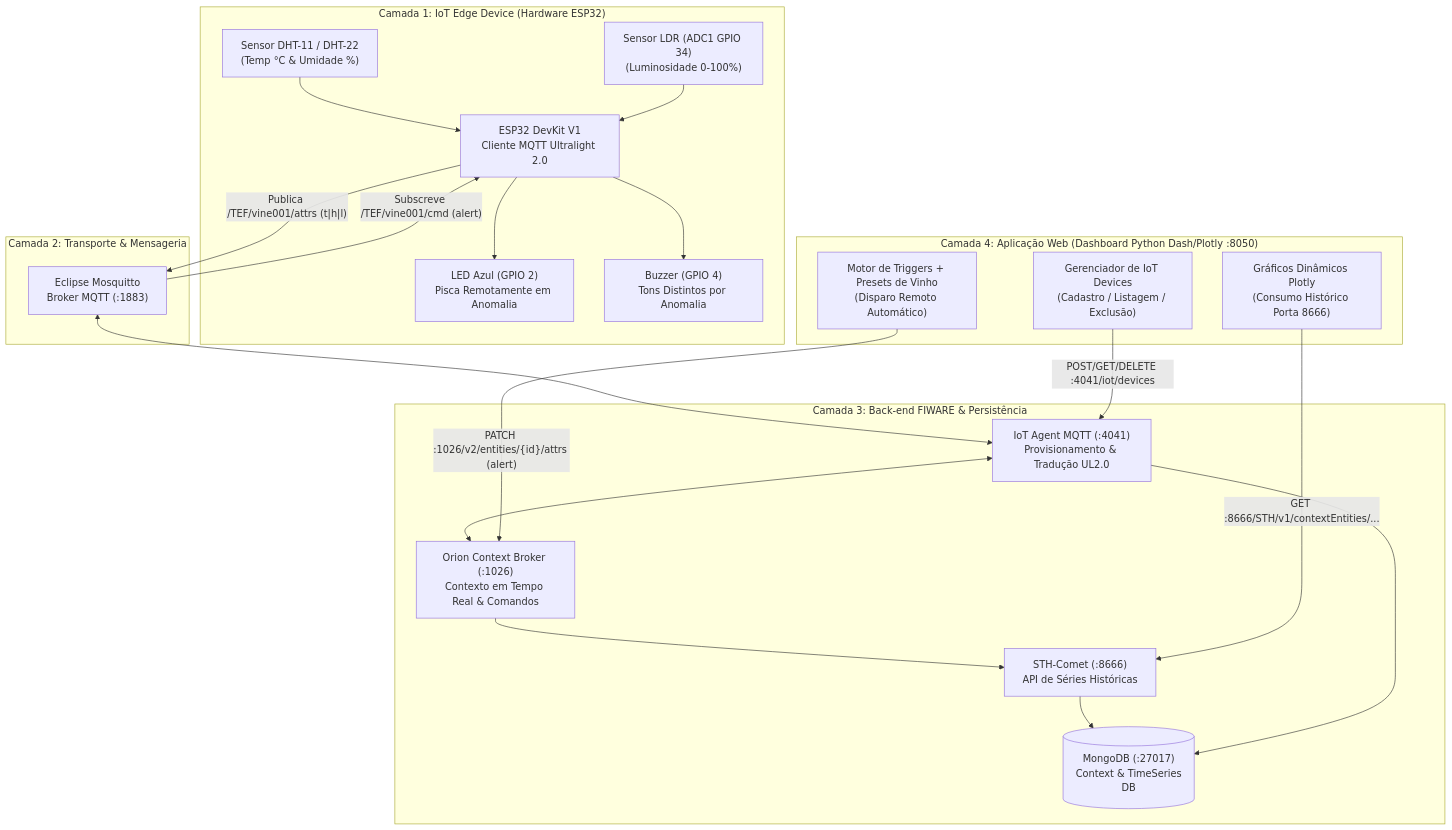
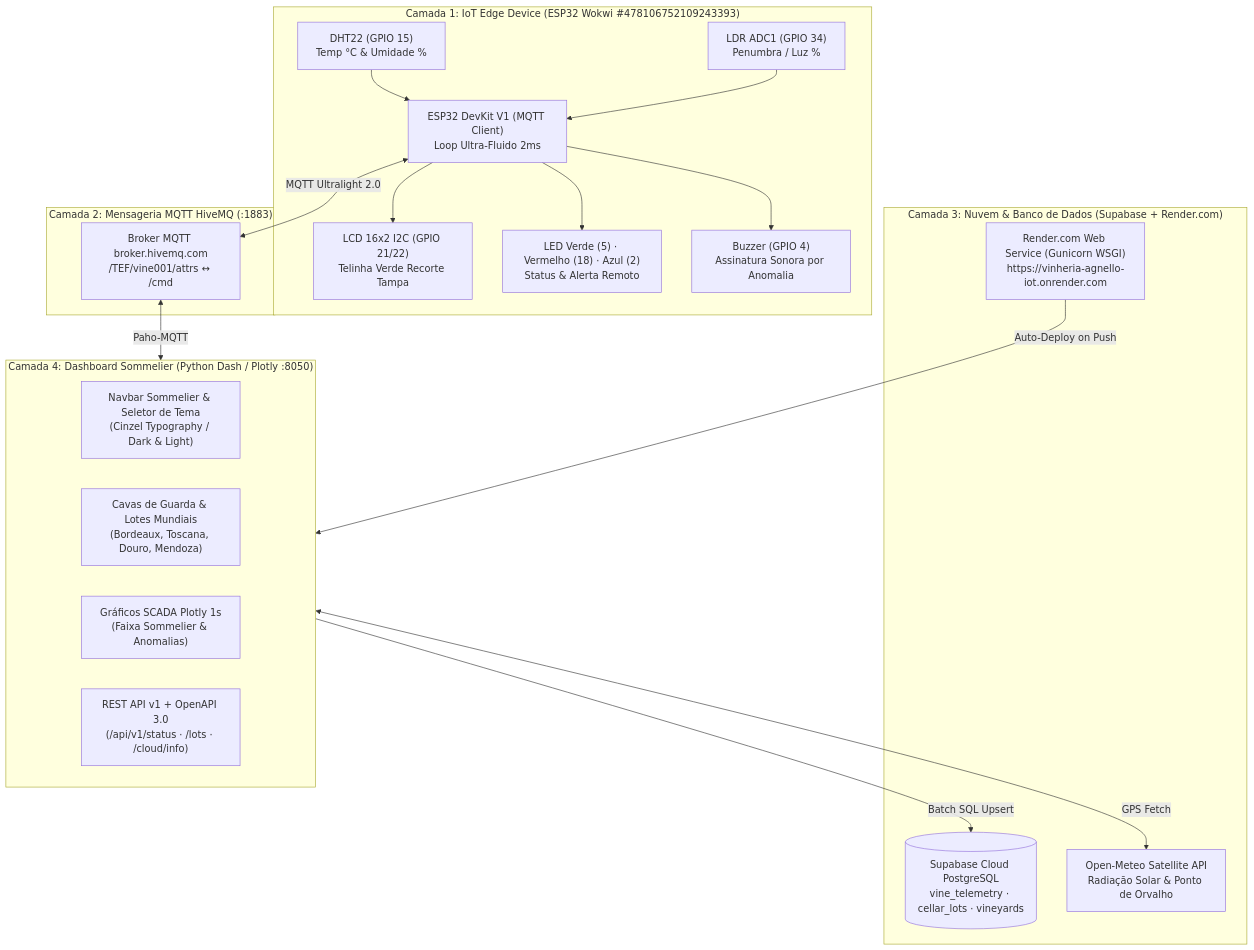
One commit to six01010101010101/vinheria-fiware-esp32 changed the diagram in README.md. Above: the diagram before and after it, drawn with Mermaid. The commit also changed other lines of this file and 45 other files, not shown here.

Commit message:
feat(nuvem): implementar render.yaml, sincronizacao de lotes no Supabase Cloud, firmware Wokwi fluido e documentacao completa

````diff
--- a/README.md
+++ b/README.md
@@ -38,42 +28,39 @@
 ```mermaid
 flowchart TB
-    subgraph L1["Camada 1: IoT Edge Device (Hardware ESP32)"]
-        DHT["Sensor DHT-11 / DHT-22<br/>(Temp °C & Umidade %)"]
-        LDR["Sensor LDR (ADC1 GPIO 34)<br/>(Luminosidade 0-100%)"]
-        ESP["ESP32 DevKit V1<br/>Cliente MQTT Ultralight 2.0"]
-        LED["LED Azul (GPIO 2)<br/>Pisca Remotamente em Anomalia"]
-        BUZ["Buzzer (GPIO 4)<br/>Tons Distintos por Anomalia"]
+    subgraph EDGE["Camada 1: IoT Edge Device (ESP32 Wokwi #478106752109243393)"]
+        DHT["DHT22 (GPIO 15)<br/>Temp °C & Umidade %"]
+        LDR["LDR ADC1 (GPIO 34)<br/>Penumbra / Luz %"]
+        LCD["LCD 16x2 I2C (GPIO 21/22)<br/>Telinha Verde Recorte Tampa"]
+        LEDS["LED Verde (5) · Vermelho (18) · Azul (2)<br/>Status & Alerta Remoto"]
+        BUZ["Buzzer (GPIO 4)<br/>Assinatura Sonora por Anomalia"]
+        ESP["ESP32 DevKit V1 (MQTT Client)<br/>Loop Ultra-Fluido 2ms"]
         DHT --> ESP
         LDR --> ESP
-        ESP --> LED
+        ESP --> LCD
+        ESP --> LEDS
         ESP --> BUZ
     end
 
-    subgraph L2["Camada 2: Transporte & Mensageria"]
-        MOSQ["Eclipse Mosquitto<br/>Broker MQTT (:1883)"]
+    subgraph BROKER["Camada 2: Mensageria MQTT HiveMQ (:1883)"]
+        HIVE["Broker MQTT broker.hivemq.com<br/>/TEF/vine001/attrs ↔ /cmd"]
     end
 
-    subgraph L3["Camada 3: Back-end FIWARE & Persistência"]
-        IOTA["IoT Agent MQTT (:4041)<br/>Provisionamento & Tradução UL2.0"]
-        ORION["Orion Context Broker (:1026)<br/>Contexto em Tempo Real & Comandos"]
-        STH["STH-Comet (:8666)<br/>API de Séries Históricas"]
-        MONGO[("MongoDB (:27017)<br/> Context & TimeSeries DB")]
-        IOTA <--> ORION
-        ORION --> STH
-        STH --> MONGO
-        IOTA --> MONGO
+    subgraph CLOUD["Camada 3: Nuvem & Banco de Dados (Supabase + Render.com)"]
+        SUPA[("Supabase Cloud PostgreSQL<br/>vine_telemetry · cellar_lots · vineyards")]
+        RENDER["Render.com Web Service (Gunicorn WSGI)<br/>https://vinheria-agnello-iot.onrender.com"]
+        METEO["Open-Meteo Satellite API<br/>Radiação Solar & Ponto de Orvalho"]
     end
 
-    subgraph L4["Camada 4: Aplicação Web (Dashboard Python Dash/Plotly :8050)"]
-        UI_DEV["Gerenciador de IoT Devices<br/>(Cadastro / Listagem / Exclusão)"]
-        UI_CHART["Gráficos Dinâmicos Plotly<br/>(Consumo Histórico Porta 8666)"]
-        UI_TRIG["Motor de Triggers + Presets de Vinho<br/>(Disparo Remoto Automático)"]
+    subgraph DASHBOARD["Camada 4: Dashboard Sommelier (Python Dash / Plotly :8050)"]
+        NAV["Navbar Sommelier & Seletor de Tema<br/>(Cinzel Typography / Dark & Light)"]
+        LOTS["Cavas de Guarda & Lotes Mundiais<br/>(Bordeaux, Toscana, Douro, Mendoza)"]
+        CHARTS["Gráficos SCADA Plotly 1s<br/>(Faixa Sommelier & Anomalias)"]
+        REST["REST API v1 + OpenAPI 3.0<br/>(/api/v1/status · /lots · /cloud/info)"]
     end
 
-    ESP -- "Publica /TEF/vine001/attrs (t|h|l)" --> MOSQ
-    MOSQ -- "Subscreve /TEF/vine001/cmd (alert)" --> ESP
-    MOSQ <--> IOTA
-    UI_DEV -- "POST/GET/DELETE :4041/iot/devices" --> IOTA
-    UI_CHART -- "GET :8666/STH/v1/contextEntities/..." --> STH
-    UI_TRIG -- "PATCH :1026/v2/entities/{id}/attrs (alert)" --> ORION
+    ESP <-->|MQTT Ultralight 2.0| HIVE
+    HIVE <-->|Paho-MQTT| DASHBOARD
+    DASHBOARD -->|Batch SQL Upsert| SUPA
+    DASHBOARD <-->|GPS Fetch| METEO
+    RENDER -->|Auto-Deploy on Push| DASHBOARD
 ```
````
